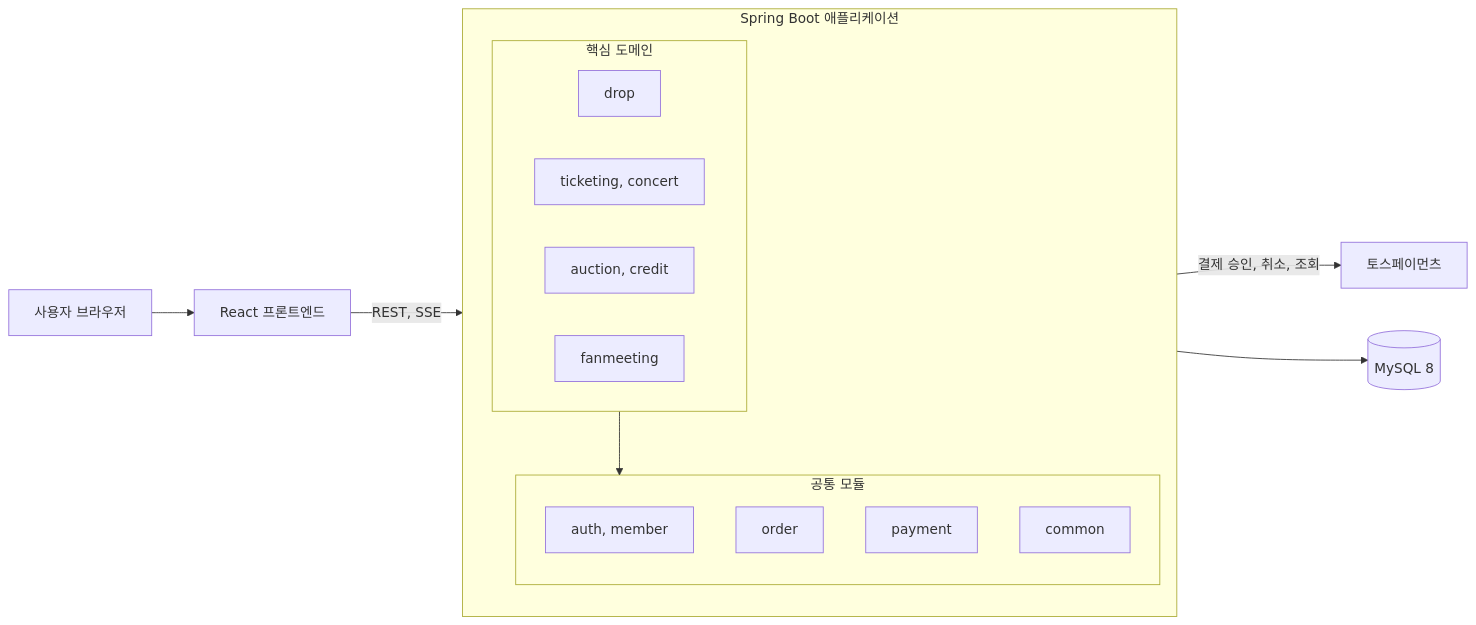
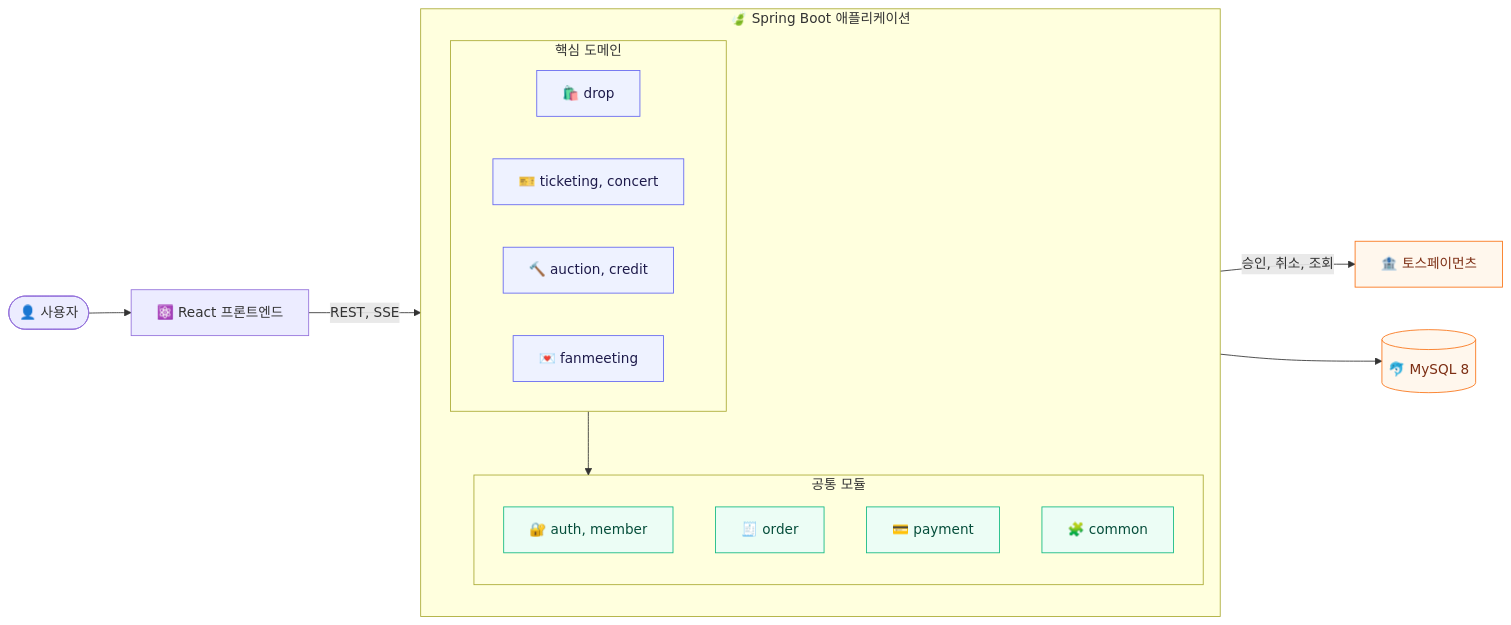
Before and after one commit to prgrms-be-devcourse/NBE12-14-final-RESTLESS: the first of 2 diagrams in README.md, drawn with Mermaid. The commit also changed other lines of this file, not shown here.

Commit message:
docs(readme): add badges, domain cards, diagrams and team profiles

````diff
--- a/README.md
+++ b/README.md
@@ -26,25 +114,32 @@
 ```mermaid
 flowchart LR
-    U[사용자 브라우저] --> F[React 프론트엔드]
+    U([👤 사용자]) --> F[⚛️ React 프론트엔드]
     F -->|REST, SSE| APP
 
-    subgraph APP[Spring Boot 애플리케이션]
+    subgraph APP[🍃 Spring Boot 애플리케이션]
         direction TB
         subgraph CORE[핵심 도메인]
-            DROP[drop]
-            TICKET[ticketing, concert]
-            AUCTION[auction, credit]
-            FM[fanmeeting]
+            DROP[🛍️ drop]
+            TICKET[🎫 ticketing, concert]
+            AUCTION[🔨 auction, credit]
+            FM[💌 fanmeeting]
         end
         subgraph SHARED[공통 모듈]
-            AUTH[auth, member]
-            ORDER[order]
-            PAY[payment]
-            COMMON[common]
+            AUTH[🔐 auth, member]
+            ORDER[🧾 order]
+            PAY[💳 payment]
+            COMMON[🧩 common]
         end
         CORE --> SHARED
     end
 
-    APP --> DB[(MySQL 8)]
-    PAY -->|결제 승인, 취소, 조회| PG[토스페이먼츠]
+    APP --> DB[(🐬 MySQL 8)]
+    PAY -->|승인, 취소, 조회| PG[🏦 토스페이먼츠]
+
+    classDef core fill:#EEF2FF,stroke:#6366F1,color:#1E1B4B
+    classDef shared fill:#ECFDF5,stroke:#10B981,color:#064E3B
+    classDef ext fill:#FFF7ED,stroke:#F97316,color:#7C2D12
+    class DROP,TICKET,AUCTION,FM core
+    class AUTH,ORDER,PAY,COMMON shared
+    class DB,PG ext
 ```
````
